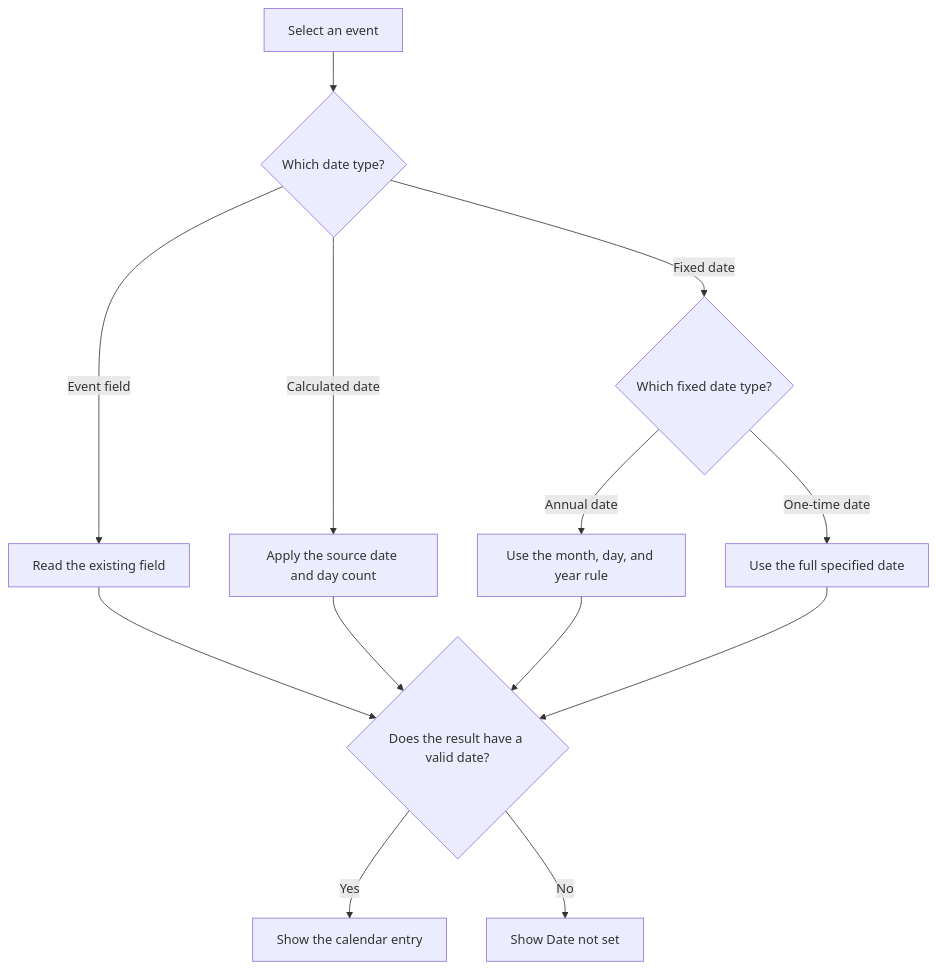
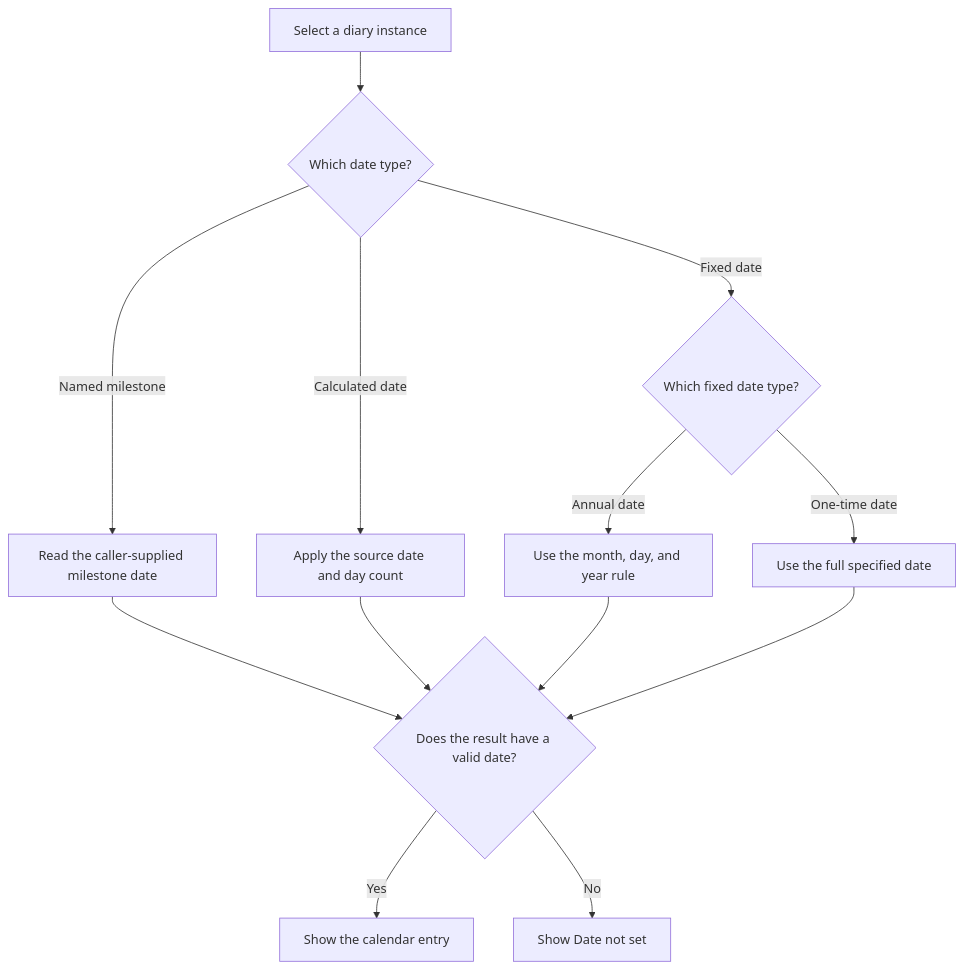
Before and after one commit to TonyFlury/GarageSale: the fifth of 13 diagrams in docs/design/event-calendar.md, drawn with Mermaid. The commit also changed other lines of this file and 1 other file, not shown here.

Commit message:
docs: define Diary date rules through generic milestone inputs

````diff
--- a/docs/design/event-calendar.md
+++ b/docs/design/event-calendar.md
@@ -412,15 +412,15 @@
 ```mermaid
 flowchart TD
-    A[Select an event] --> B{Which date type?}
-    B -->|Event field| C[Read the existing field]
+    A[Select a diary instance] --> B{Which date type?}
+    B -->|Named milestone| C[Read the caller-supplied milestone date]
     B -->|Fixed date| D{Which fixed date type?}
     B -->|Calculated date| E[Apply the source date and day count]
     D -->|Annual date| F[Use the month, day, and year rule]
     D -->|One-time date| G[Use the full specified date]
     C --> H{Does the result have a valid date?}
     E --> H
     F --> H
     G --> H
     H -->|Yes| I[Show the calendar entry]
     H -->|No| J[Show Date not set]
 ```
````
